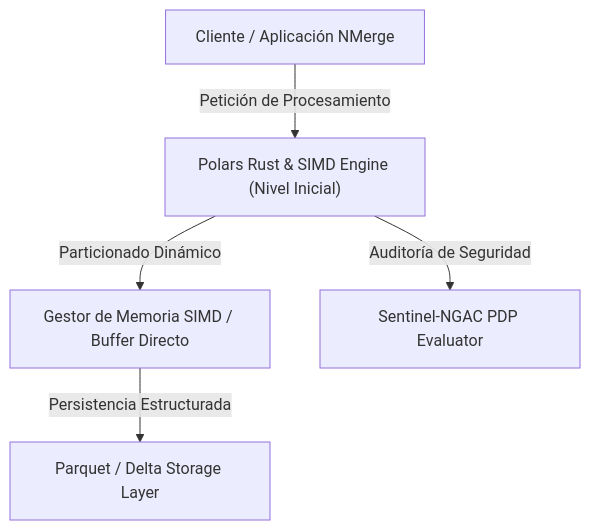
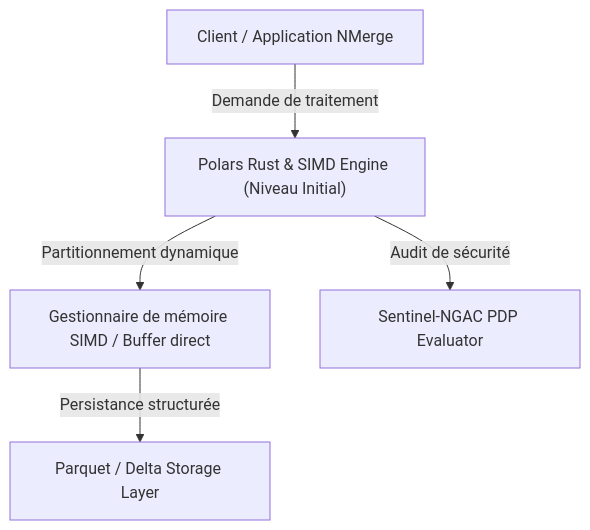
One commit to gjpierp/nmergeia changed the diagram in public/docs/fr/datascience_polars.md. Above: the diagram before and after it, drawn with Mermaid. The commit also changed other lines of this file and 182 other files, not shown here.

Commit message:
fix(i18n): sincronizar claves de menú i18n para los 7 idiomas, traducir diagramas Mermaid y agregar fallback a español contra 404 de Vite

````diff
--- a/public/docs/fr/datascience_polars.md
+++ b/public/docs/fr/datascience_polars.md
@@ -16,7 +16,7 @@
 ```mermaid
 flowchart TD
-    A["Cliente / Aplicación NMerge"] -->|Petición de Procesamiento| B["Polars Rust & SIMD Engine (Nivel Inicial)"]
-    B -->|Particionado Dinámico| C["Gestor de Memoria SIMD / Buffer Directo"]
-    C -->|Persistencia Estructurada| D["Parquet / Delta Storage Layer"]
-    B -->|Auditoría de Seguridad| E["Sentinel-NGAC PDP Evaluator"]
+    A["Client / Application NMerge"] -->|Demande de traitement| B["Polars Rust & SIMD Engine (Niveau Initial)"]
+    B -->|Partitionnement dynamique| C["Gestionnaire de mémoire SIMD / Buffer direct"]
+    C -->|Persistance structurée| D["Parquet / Delta Storage Layer"]
+    B -->|Audit de sécurité| E["Sentinel-NGAC PDP Evaluator"]
 ```
````
